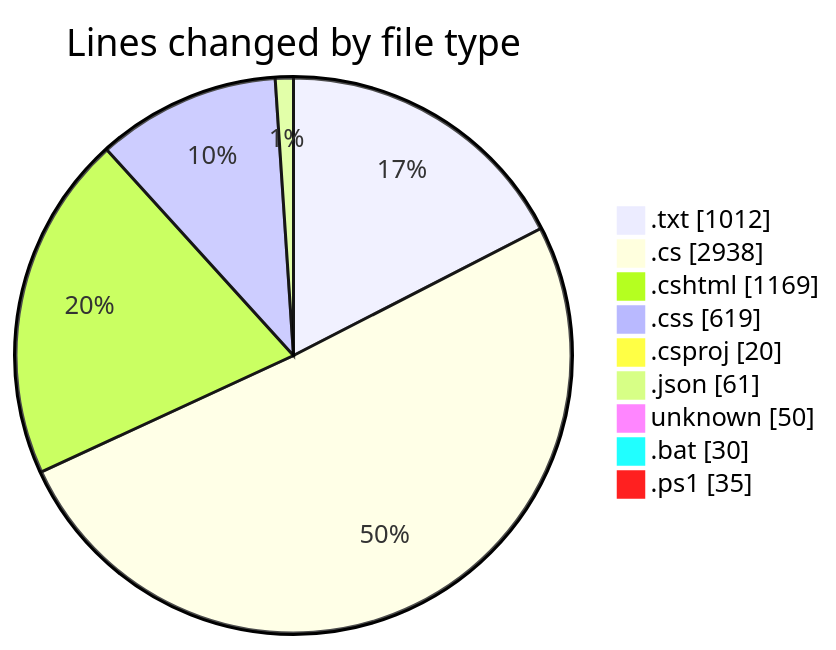
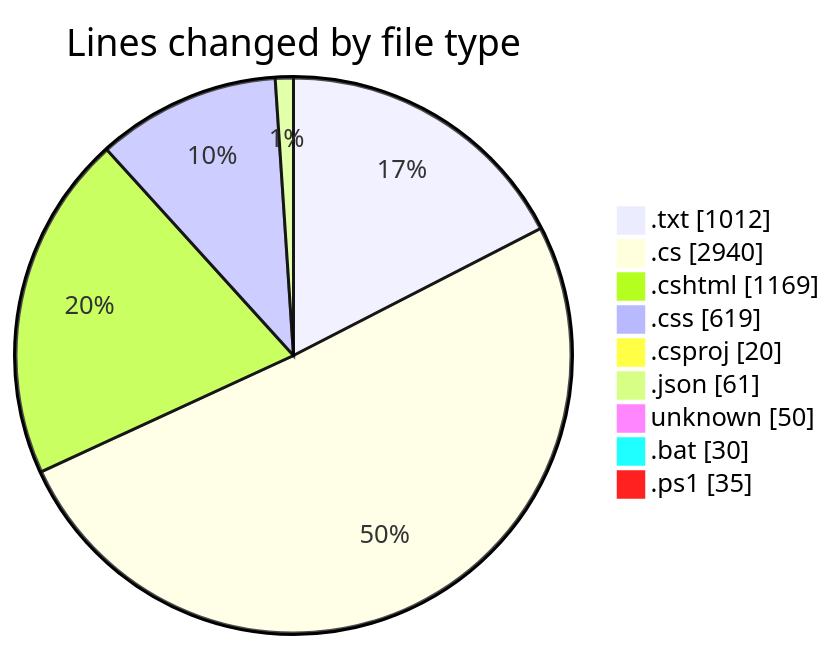
One commit to lephambinh05/code-tracking changed the first of 2 diagrams in 2025-07-26/quanlyrapchieuphim-1/README.md. Above: the diagram before and after it, drawn with Mermaid. The commit also changed other lines of this file and 1 other file, not shown here.

````diff
--- a/2025-07-26/quanlyrapchieuphim-1/README.md
+++ b/2025-07-26/quanlyrapchieuphim-1/README.md
@@ -37,13 +37,13 @@
 ```mermaid
 pie showData
 title Lines changed by file type
 ".txt" : 1012
-".cs" : 2938
+".cs" : 2940
 ".cshtml" : 1169
 ".css" : 619
 ".csproj" : 20
 ".json" : 61
 "unknown" : 50
 ".bat" : 30
 ".ps1" : 35
 ```
````
